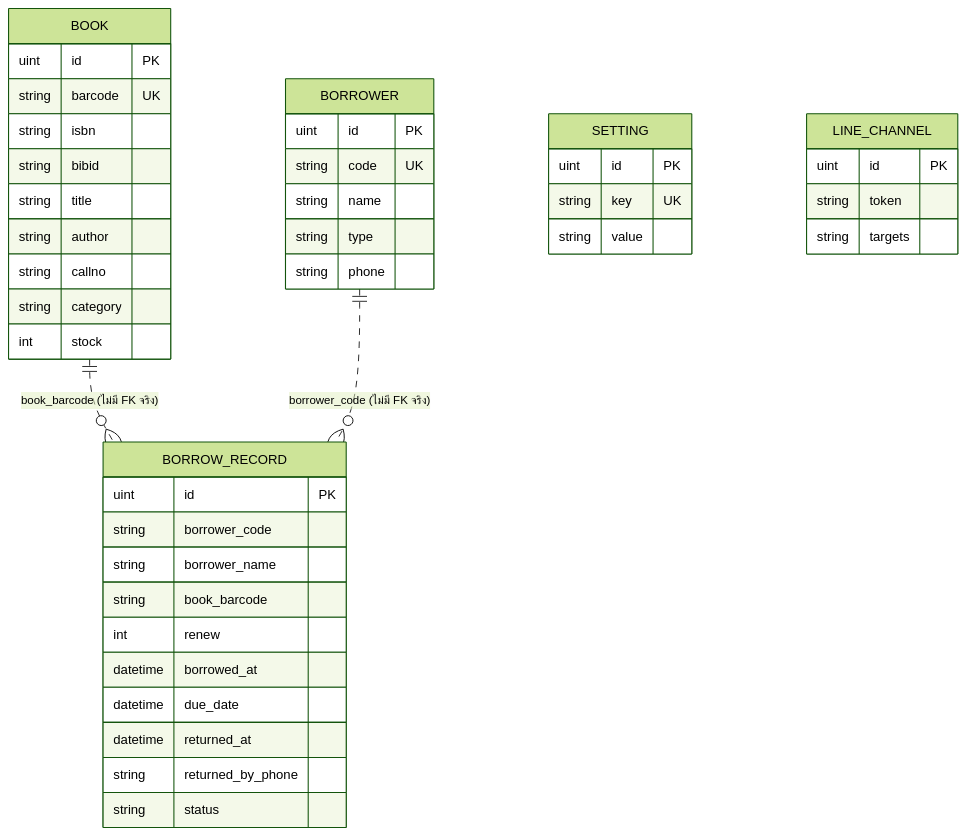
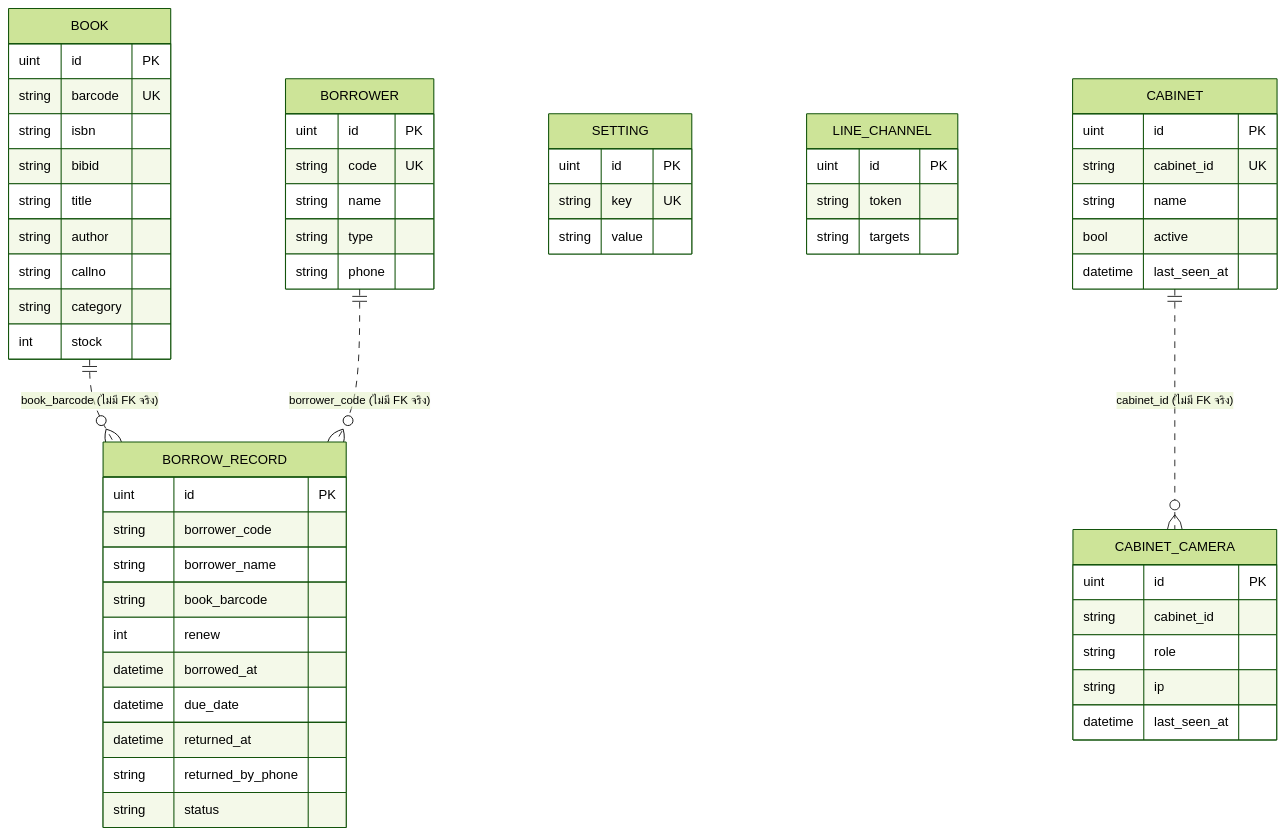
Before and after one commit to knot339/smart-library: the third of 3 diagrams in README.md, drawn with Mermaid (forest theme). The commit also changed other lines of this file and 19 other files, not shown here.

````diff
--- a/README.md
+++ b/README.md
@@ -144,45 +150,60 @@
 ```mermaid
 erDiagram
     BOOK {
         uint id PK
         string barcode UK
         string isbn
         string bibid
         string title
         string author
         string callno
         string category
         int stock
     }
     BORROWER {
         uint id PK
         string code UK
         string name
         string type
         string phone
     }
     BORROW_RECORD {
         uint id PK
         string borrower_code
         string borrower_name
         string book_barcode
         int renew
         datetime borrowed_at
         datetime due_date
         datetime returned_at
         string returned_by_phone
         string status
     }
     SETTING {
         uint id PK
         string key UK
         string value
     }
     LINE_CHANNEL {
         uint id PK
         string token
         string targets
     }
+    CABINET {
+        uint id PK
+        string cabinet_id UK
+        string name
+        bool active
+        datetime last_seen_at
+    }
+    CABINET_CAMERA {
+        uint id PK
+        string cabinet_id
+        string role
+        string ip
+        datetime last_seen_at
+    }
     BOOK ||..o{ BORROW_RECORD : "book_barcode (ไม่มี FK จริง)"
     BORROWER ||..o{ BORROW_RECORD : "borrower_code (ไม่มี FK จริง)"
+    CABINET ||..o{ CABINET_CAMERA : "cabinet_id (ไม่มี FK จริง)"
 ```
````
